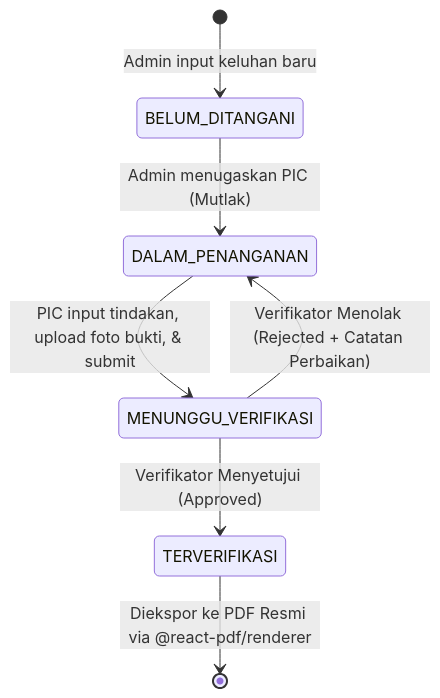
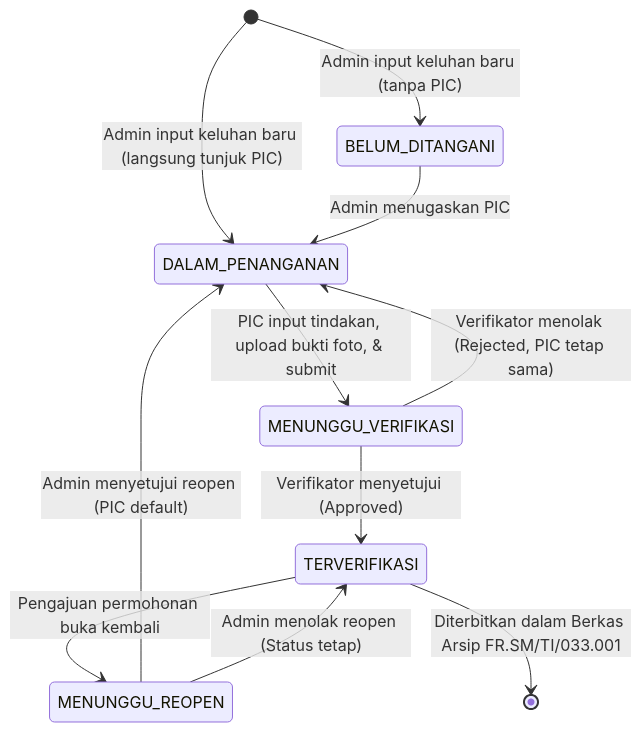
One commit to nvaanrn/kai-complaint-management-system changed the diagram in README.md. Above: the diagram before and after it, drawn with Mermaid. The commit also changed other lines of this file and 55 other files, not shown here.

````diff
--- a/README.md
+++ b/README.md
@@ -30,9 +29,13 @@
 ```mermaid
 stateDiagram-v2
-    [*] --> BELUM_DITANGANI : Admin input keluhan baru
-    BELUM_DITANGANI --> DALAM_PENANGANAN : Admin menugaskan PIC (Mutlak)
-    DALAM_PENANGANAN --> MENUNGGU_VERIFIKASI : PIC input tindakan, upload foto bukti, & submit
-    MENUNGGU_VERIFIKASI --> TERVERIFIKASI : Verifikator Menyetujui (Approved)
-    MENUNGGU_VERIFIKASI --> DALAM_PENANGANAN : Verifikator Menolak (Rejected + Catatan Perbaikan)
-    TERVERIFIKASI --> [*] : Diekspor ke PDF Resmi via @react-pdf/renderer
+    [*] --> BELUM_DITANGANI : Admin input keluhan baru (tanpa PIC)
+    [*] --> DALAM_PENANGANAN : Admin input keluhan baru (langsung tunjuk PIC)
+    BELUM_DITANGANI --> DALAM_PENANGANAN : Admin menugaskan PIC
+    DALAM_PENANGANAN --> MENUNGGU_VERIFIKASI : PIC input tindakan, upload bukti foto, & submit
+    MENUNGGU_VERIFIKASI --> TERVERIFIKASI : Verifikator menyetujui (Approved)
+    MENUNGGU_VERIFIKASI --> DALAM_PENANGANAN : Verifikator menolak (Rejected, PIC tetap sama)
+    TERVERIFIKASI --> MENUNGGU_REOPEN : Pengajuan permohonan buka kembali
+    MENUNGGU_REOPEN --> DALAM_PENANGANAN : Admin menyetujui reopen (PIC default)
+    MENUNGGU_REOPEN --> TERVERIFIKASI : Admin menolak reopen (Status tetap)
+    TERVERIFIKASI --> [*] : Diterbitkan dalam Berkas Arsip FR.SM/TI/033.001
 ```
````
